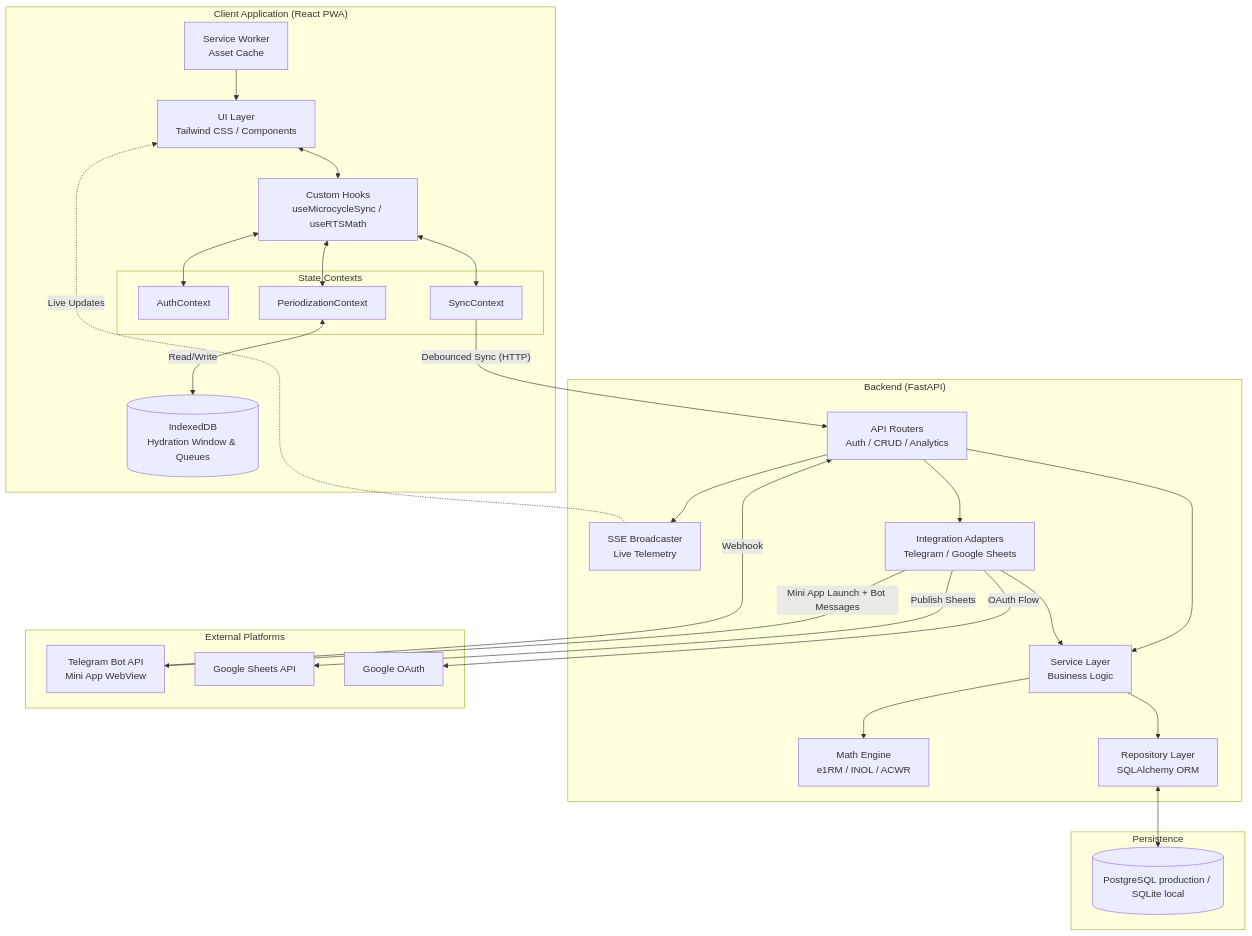
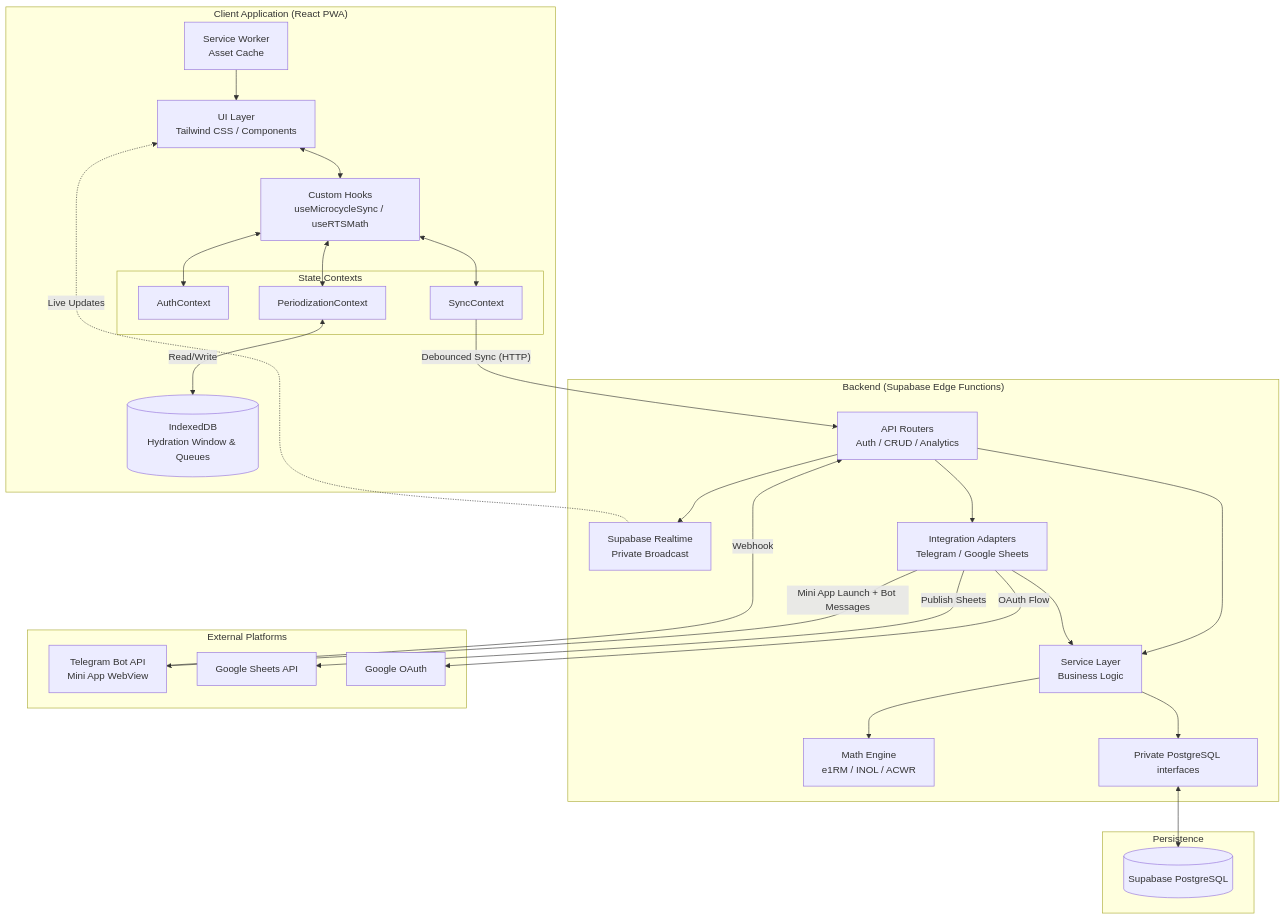
One commit to qrtman/adaptive_lifting changed the first of 9 diagrams in architecture.md. Above: the diagram before and after it, drawn with Mermaid. The commit also changed other lines of this file and 37 other files, not shown here.

Commit message:
chore: consolidate repository after Supabase migration

````diff
--- a/architecture.md
+++ b/architecture.md
@@ -102,53 +104,53 @@
 ```mermaid
 graph TD
     subgraph Client ["Client Application (React PWA)"]
         UI["UI Layer<br/>Tailwind CSS / Components"]
         Hooks["Custom Hooks<br/>useMicrocycleSync / useRTSMath"]
         SW["Service Worker<br/>Asset Cache"]
         
         subgraph State Contexts
             AuthCtx["AuthContext"]
             SyncCtx["SyncContext"]
             DataCtx["PeriodizationContext"]
         end
         
         Cache[("IndexedDB<br/>Hydration Window & Queues")]
     end
 
-    subgraph Server ["Backend (FastAPI)"]
+    subgraph Server ["Backend (Supabase Edge Functions)"]
         Router["API Routers<br/>Auth / CRUD / Analytics"]
-        SSE["SSE Broadcaster<br/>Live Telemetry"]
+        SSE["Supabase Realtime<br/>Private Broadcast"]
         Integrations["Integration Adapters<br/>Telegram / Google Sheets"]
         Service["Service Layer<br/>Business Logic"]
         Math["Math Engine<br/>e1RM / INOL / ACWR"]
-        Repo["Repository Layer<br/>SQLAlchemy ORM"]
+        Repo["Private PostgreSQL interfaces"]
     end
 
     subgraph Data ["Persistence"]
-        DB[("PostgreSQL production / SQLite local")]
+        DB[("Supabase PostgreSQL")]
     end
 
     subgraph External ["External Platforms"]
         Telegram["Telegram Bot API<br/>Mini App WebView"]
         Sheets["Google Sheets API"]
         GoogleOAuth["Google OAuth"]
     end
 
     UI <--> Hooks
     Hooks <--> AuthCtx & SyncCtx & DataCtx
     DataCtx <-->|"Read/Write"| Cache
     SW --> UI
     SyncCtx -->|"Debounced Sync (HTTP)"| Router
     Router --> Service
     Router --> SSE
     Router --> Integrations
     Integrations --> Service
     Telegram -->|"Webhook"| Router
     Integrations -->|"Mini App Launch + Bot Messages"| Telegram
     Integrations -->|"Publish Sheets"| Sheets
     Integrations -->|"OAuth Flow"| GoogleOAuth
     SSE -.->|"Live Updates"| UI
     Service --> Math
     Service --> Repo
     Repo <--> DB
 ```
````
